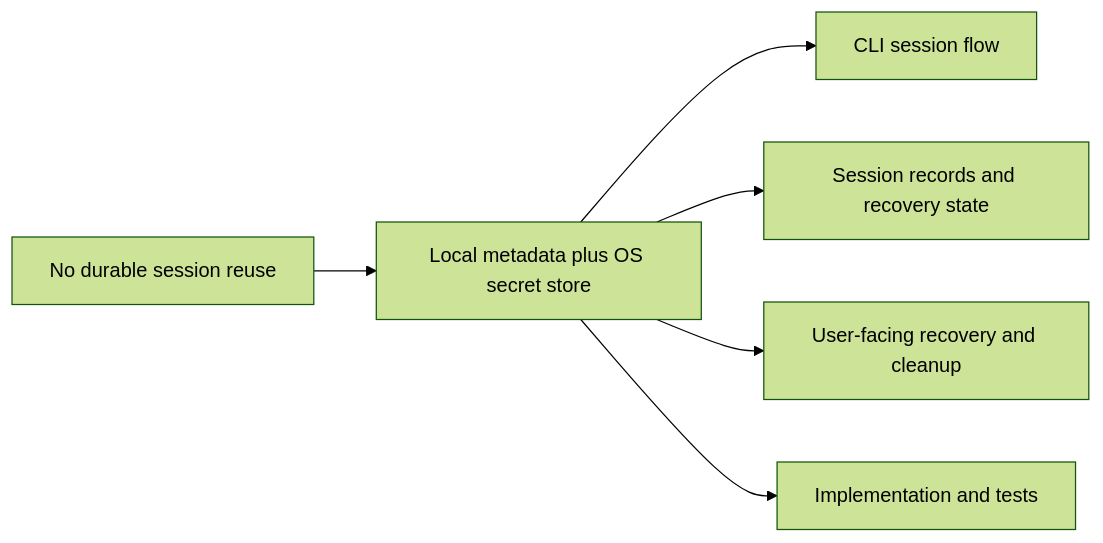
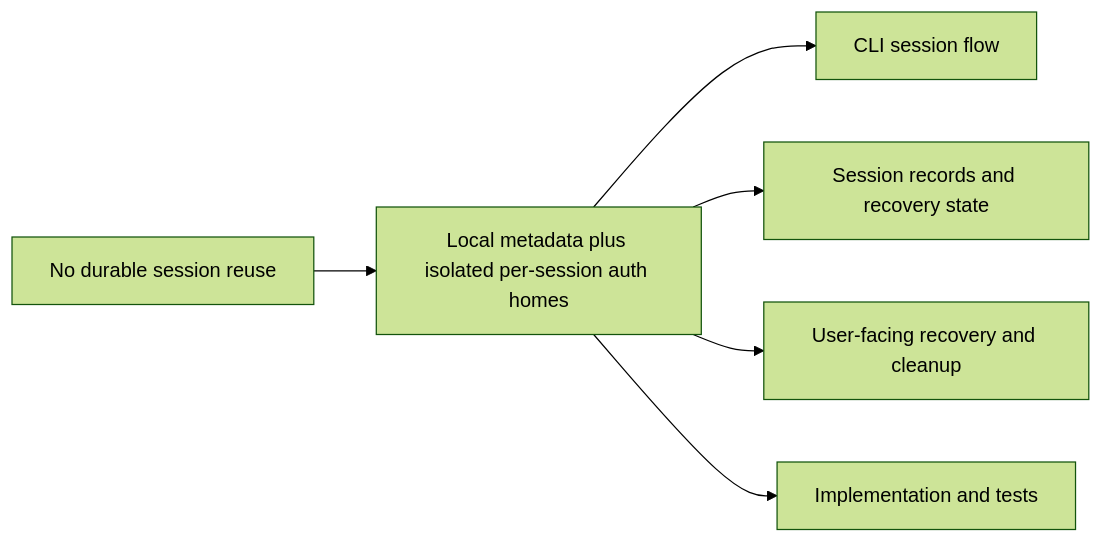
Before and after one commit to AlexAgo83/cdx-manager: the diagram in logics/architecture/adr_000_persist_and_restore_cdx_sessions.md, drawn with Mermaid (forest theme). The commit also changed other lines of this file and 44 other files, not shown here.

````diff
--- a/logics/architecture/adr_000_persist_and_restore_cdx_sessions.md
+++ b/logics/architecture/adr_000_persist_and_restore_cdx_sessions.md
@@ -15,8 +15,8 @@
 ```mermaid
 flowchart LR
-    Current[No durable session reuse] --> Decision[Local metadata plus OS secret store]
+    Current[No durable session reuse] --> Decision[Local metadata plus isolated per-session auth homes]
     Decision --> App[CLI session flow]
     Decision --> Data[Session records and recovery state]
     Decision --> Ops[User-facing recovery and cleanup]
     Decision --> Team[Implementation and tests]
 ```
````
